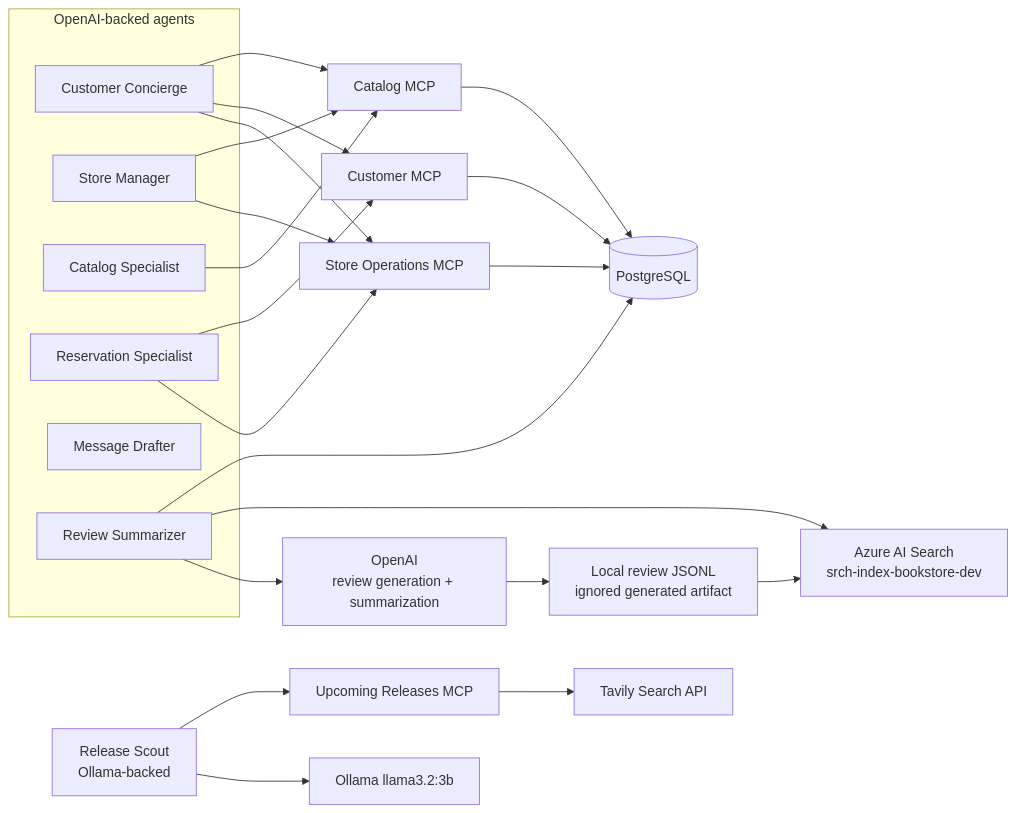
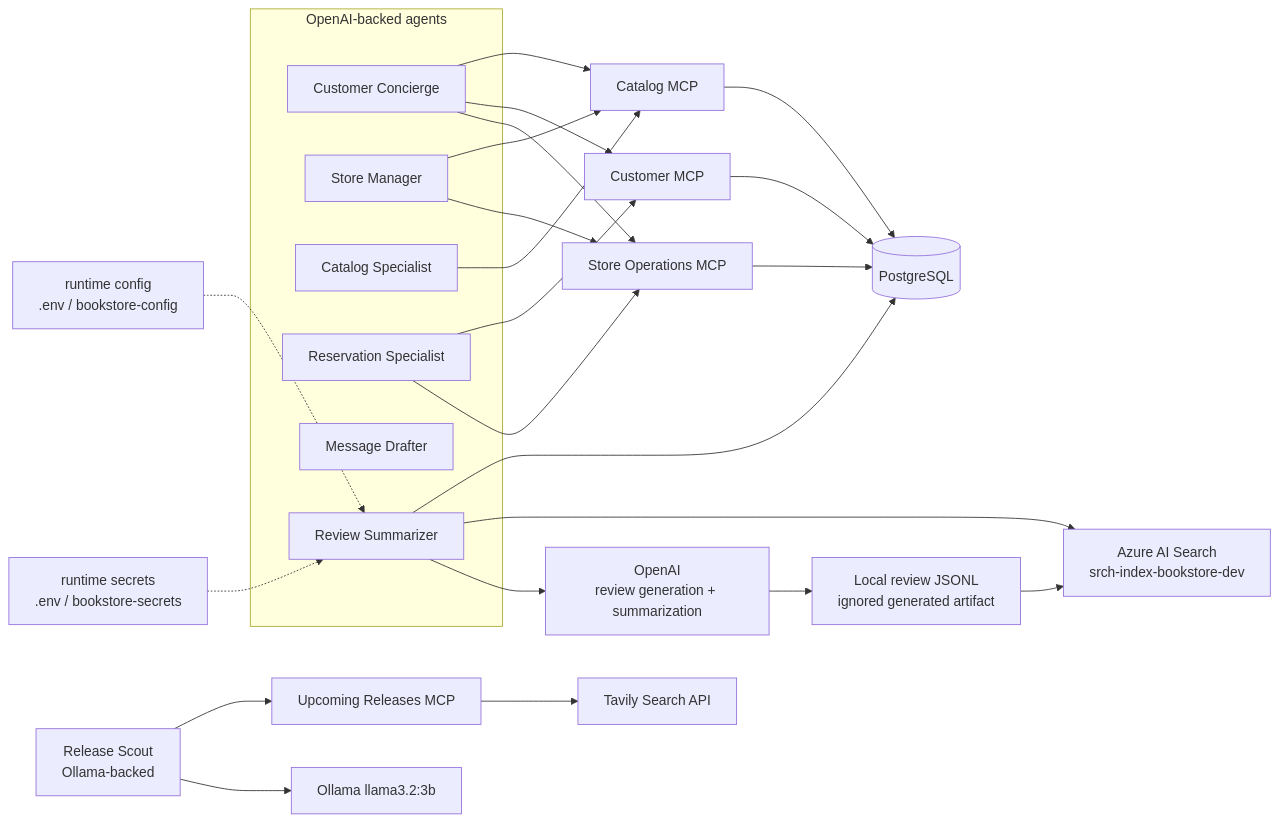
One commit to athanasios-u8/agentic-platform-k8s changed the second of 7 diagrams in docs/bookstore-agent-scenario.md. Above: the diagram before and after it, drawn with Mermaid. The commit also changed other lines of this file and 3 other files, not shown here.

````diff
--- a/docs/bookstore-agent-scenario.md
+++ b/docs/bookstore-agent-scenario.md
@@ -201,46 +201,50 @@
 ```mermaid
 flowchart LR
   subgraph "OpenAI-backed agents"
     CC["Customer Concierge"]
     SM["Store Manager"]
     CS["Catalog Specialist"]
     RS["Reservation Specialist"]
     MD["Message Drafter"]
     Reviews["Review Summarizer"]
   end
 
   Scout["Release Scout\nOllama-backed"]
 
   Catalog["Catalog MCP"]
   Customer["Customer MCP"]
   StoreOps["Store Operations MCP"]
   Upcoming["Upcoming Releases MCP"]
 
   DB[("PostgreSQL")]
   Tavily["Tavily Search API"]
   Ollama["Ollama llama3.2:3b"]
   Search["Azure AI Search\nsrch-index-bookstore-dev"]
   JSONL["Local review JSONL\nignored generated artifact"]
   OpenAI["OpenAI\nreview generation + summarization"]
+  Config["runtime config\n.env / bookstore-config"]
+  Secrets["runtime secrets\n.env / bookstore-secrets"]
 
   CC --> Catalog
   CC --> Customer
   CC --> StoreOps
   SM --> Catalog
   SM --> StoreOps
   CS --> Catalog
   RS --> Customer
   RS --> StoreOps
   Reviews --> DB
   Reviews --> Search
   Reviews --> OpenAI
+  Config -.-> Reviews
+  Secrets -.-> Reviews
   Scout --> Upcoming
   Scout --> Ollama
 
   Catalog --> DB
   Customer --> DB
   StoreOps --> DB
   Upcoming --> Tavily
   JSONL --> Search
   OpenAI --> JSONL
 ```
````
